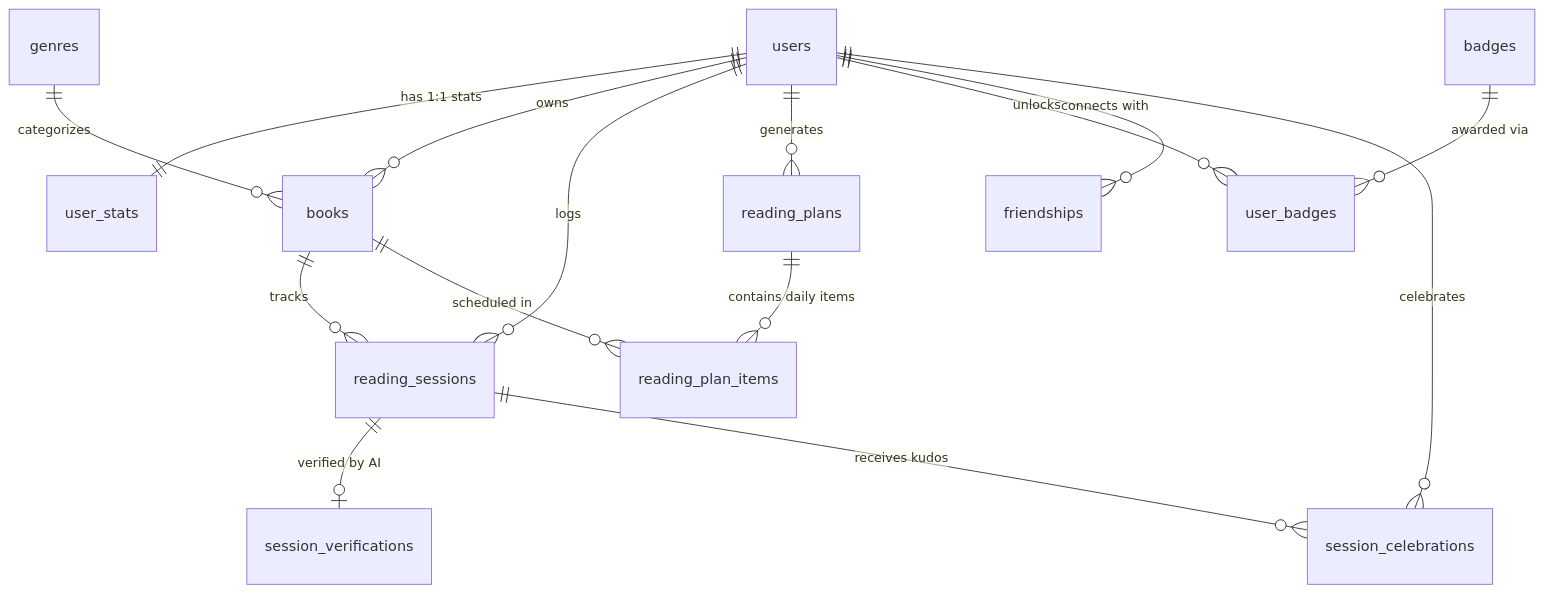
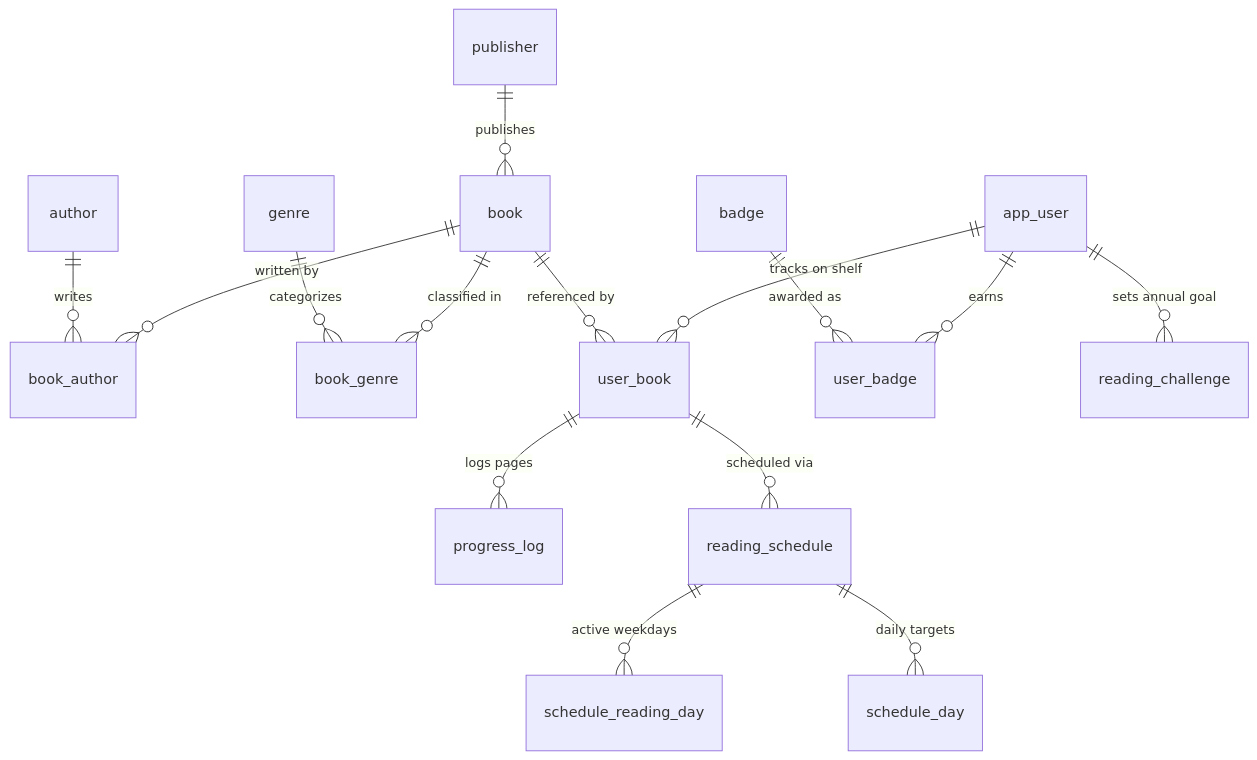
One commit to Abysswdh/kutubuku changed the diagram in README.md. Above: the diagram before and after it, drawn with Mermaid. The commit also changed other lines of this file and 28 other files, not shown here.

````diff
--- a/README.md
+++ b/README.md
@@ -51,17 +39,17 @@
 ```mermaid
 erDiagram
-    users ||--|| user_stats : "has 1:1 stats"
-    users ||--o{ books : "owns"
-    genres ||--o{ books : "categorizes"
-    users ||--o{ reading_sessions : "logs"
-    books ||--o{ reading_sessions : "tracks"
-    reading_sessions ||--o| session_verifications : "verified by AI"
-    users ||--o{ reading_plans : "generates"
-    reading_plans ||--o{ reading_plan_items : "contains daily items"
-    books ||--o{ reading_plan_items : "scheduled in"
-    users ||--o{ user_badges : "unlocks"
-    badges ||--o{ user_badges : "awarded via"
-    users ||--o{ friendships : "connects with"
-    reading_sessions ||--o{ session_celebrations : "receives kudos"
-    users ||--o{ session_celebrations : "celebrates"
+    publisher ||--o{ book : "publishes"
+    book ||--o{ book_author : "written by"
+    author ||--o{ book_author : "writes"
+    book ||--o{ book_genre : "classified in"
+    genre ||--o{ book_genre : "categorizes"
+    app_user ||--o{ user_book : "tracks on shelf"
+    book ||--o{ user_book : "referenced by"
+    user_book ||--o{ progress_log : "logs pages"
+    user_book ||--o{ reading_schedule : "scheduled via"
+    reading_schedule ||--o{ schedule_reading_day : "active weekdays"
+    reading_schedule ||--o{ schedule_day : "daily targets"
+    app_user ||--o{ user_badge : "earns"
+    badge ||--o{ user_badge : "awarded as"
+    app_user ||--o{ reading_challenge : "sets annual goal"
 ```
````
